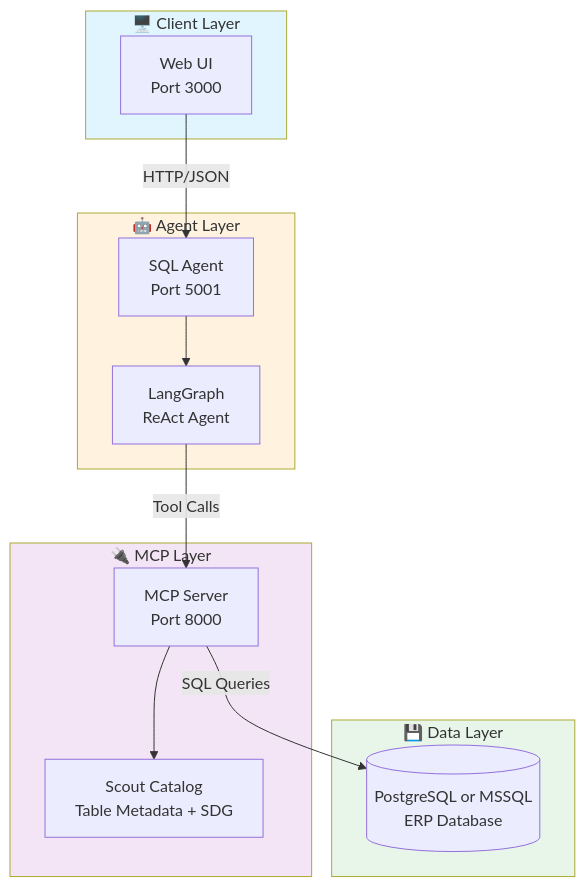
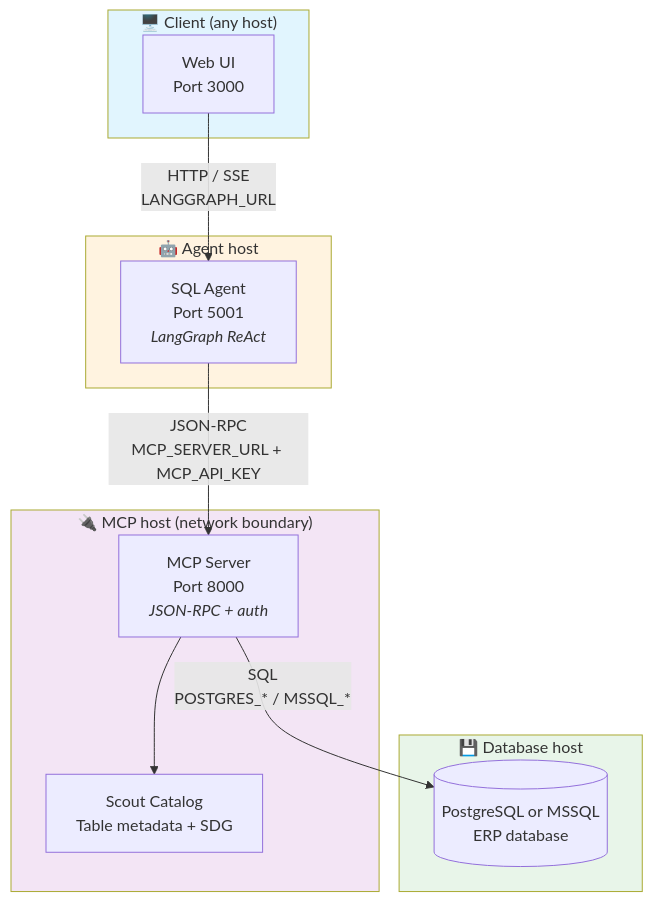
Before and after one commit to julianus-kath/proactive-context-learning: the first of 4 diagrams in README.md, drawn with Mermaid. The commit also changed other lines of this file, not shown here.

First line of the commit message:
README: reframe diagrams around the MCP host boundary

````diff
--- a/README.md
+++ b/README.md
@@ -92,31 +94,29 @@
 ```mermaid
 flowchart TB
-    subgraph Client["🖥️ Client Layer"]
+    subgraph Client["🖥️ Client (any host)"]
         UI[Web UI<br/>Port 3000]
     end
 
-    subgraph Agent["🤖 Agent Layer"]
-        SA[SQL Agent<br/>Port 5001]
-        LG[LangGraph<br/>ReAct Agent]
+    subgraph AgentHost["🤖 Agent host"]
+        SA[SQL Agent<br/>Port 5001<br/><i>LangGraph ReAct</i>]
     end
 
-    subgraph MCP["🔌 MCP Layer"]
-        MS[MCP Server<br/>Port 8000]
-        SC[Scout Catalog<br/>Table Metadata + SDG]
+    subgraph MCPHost["🔌 MCP host (network boundary)"]
+        MS[MCP Server<br/>Port 8000<br/><i>JSON-RPC + auth</i>]
+        SC[Scout Catalog<br/>Table metadata + SDG]
     end
 
-    subgraph Data["💾 Data Layer"]
-        DB[(PostgreSQL or MSSQL<br/>ERP Database)]
+    subgraph DataHost["💾 Database host"]
+        DB[(PostgreSQL or MSSQL<br/>ERP database)]
     end
 
-    UI -->|HTTP/JSON| SA
-    SA --> LG
-    LG -->|Tool Calls| MS
+    UI -->|HTTP / SSE<br/>LANGGRAPH_URL| SA
+    SA -->|JSON-RPC<br/>MCP_SERVER_URL + MCP_API_KEY| MS
     MS --> SC
-    MS -->|SQL Queries| DB
+    MS -->|SQL<br/>POSTGRES_* / MSSQL_*| DB
 
     style Client fill:#e1f5fe
-    style Agent fill:#fff3e0
-    style MCP fill:#f3e5f5
-    style Data fill:#e8f5e9
+    style AgentHost fill:#fff3e0
+    style MCPHost fill:#f3e5f5
+    style DataHost fill:#e8f5e9
 ```
````
